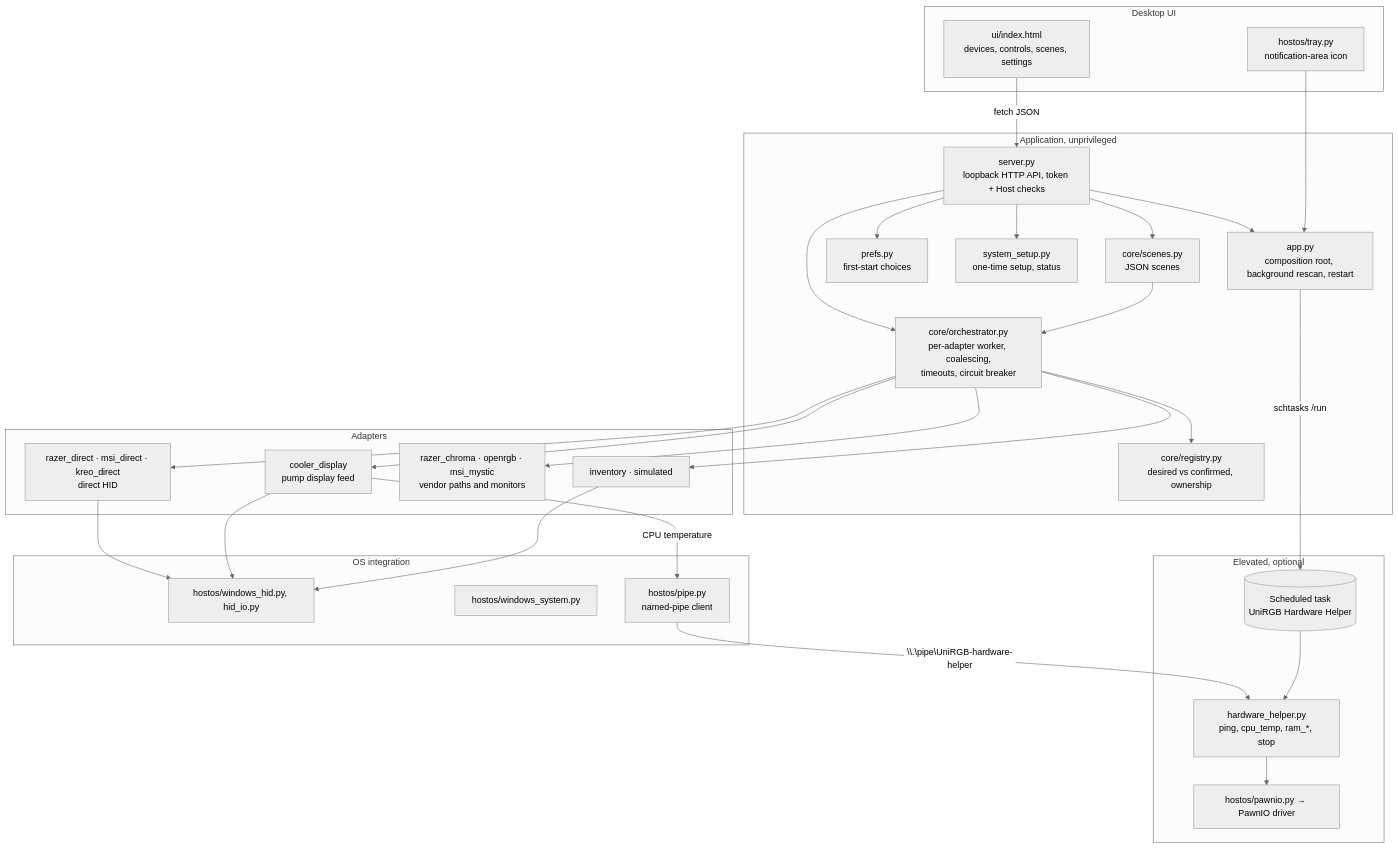
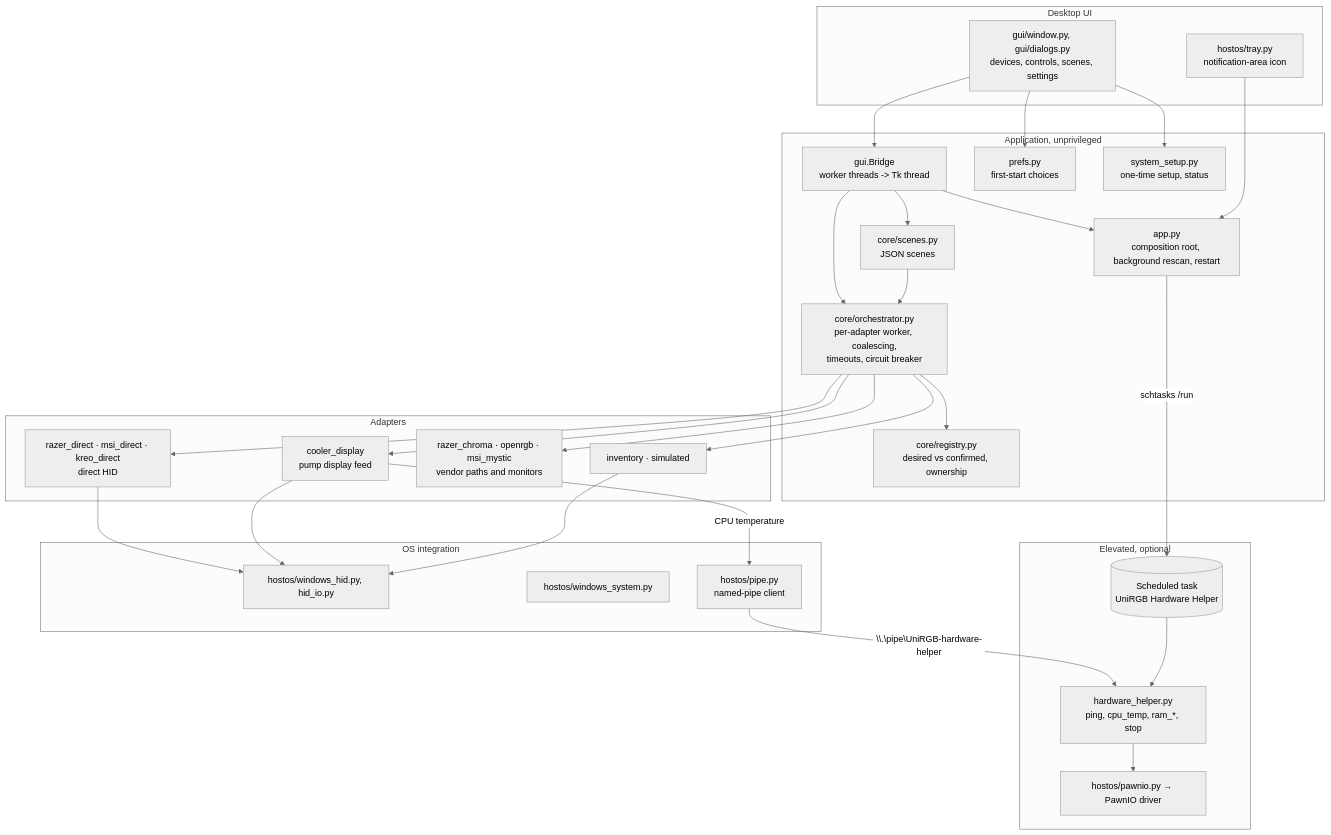
Before and after one commit to AbhineetSaha/UniRGB: the diagram in docs/architecture.md, drawn with Mermaid (neutral theme). The commit also changed other lines of this file and 18 other files, not shown here.

````diff
--- a/docs/architecture.md
+++ b/docs/architecture.md
@@ -8,42 +8,42 @@
 ```mermaid
 graph TD
   subgraph UI[Desktop UI]
-    PAGE[ui/index.html<br/>devices, controls, scenes, settings]
+    WIN[gui/window.py, gui/dialogs.py<br/>devices, controls, scenes, settings]
     TRAY[hostos/tray.py<br/>notification-area icon]
   end
   subgraph APPL[Application, unprivileged]
-    SRV[server.py<br/>loopback HTTP API, token + Host checks]
+    BR[gui.Bridge<br/>worker threads -> Tk thread]
     APP[app.py<br/>composition root, background rescan, restart]
     PREFS[prefs.py<br/>first-start choices]
     SETUP[system_setup.py<br/>one-time setup, status]
     REG[core/registry.py<br/>desired vs confirmed, ownership]
     SCN[core/scenes.py<br/>JSON scenes]
     ORC[core/orchestrator.py<br/>per-adapter worker, coalescing,<br/>timeouts, circuit breaker]
   end
   subgraph ADP[Adapters]
     DIRECT[razer_direct · msi_direct · kreo_direct<br/>direct HID]
     COOL[cooler_display<br/>pump display feed]
     VEND[razer_chroma · openrgb · msi_mystic<br/>vendor paths and monitors]
     INV[inventory · simulated]
   end
   subgraph OS[OS integration]
     HID[hostos/windows_hid.py, hid_io.py]
     SYS[hostos/windows_system.py]
     PIPE[hostos/pipe.py<br/>named-pipe client]
   end
   subgraph ELEV[Elevated, optional]
     TASK[(Scheduled task<br/>UniRGB Hardware Helper)]
     HELPER[hardware_helper.py<br/>ping, cpu_temp, ram_*, stop]
     PAWN[hostos/pawnio.py → PawnIO driver]
   end
-  PAGE -- fetch JSON --> SRV --> APP
+  WIN --> BR --> APP
   TRAY --> APP
-  SRV --> ORC --> REG
-  SRV --> SCN --> ORC
-  SRV --> PREFS
-  SRV --> SETUP
+  BR --> ORC --> REG
+  BR --> SCN --> ORC
+  WIN --> PREFS
+  WIN --> SETUP
   ORC --> DIRECT & COOL & VEND & INV
   DIRECT & COOL & INV --> HID
   COOL -- CPU temperature --> PIPE -- "\\.\pipe\UniRGB-hardware-helper" --> HELPER
   APP -- schtasks /run --> TASK --> HELPER --> PAWN
 ```
````
